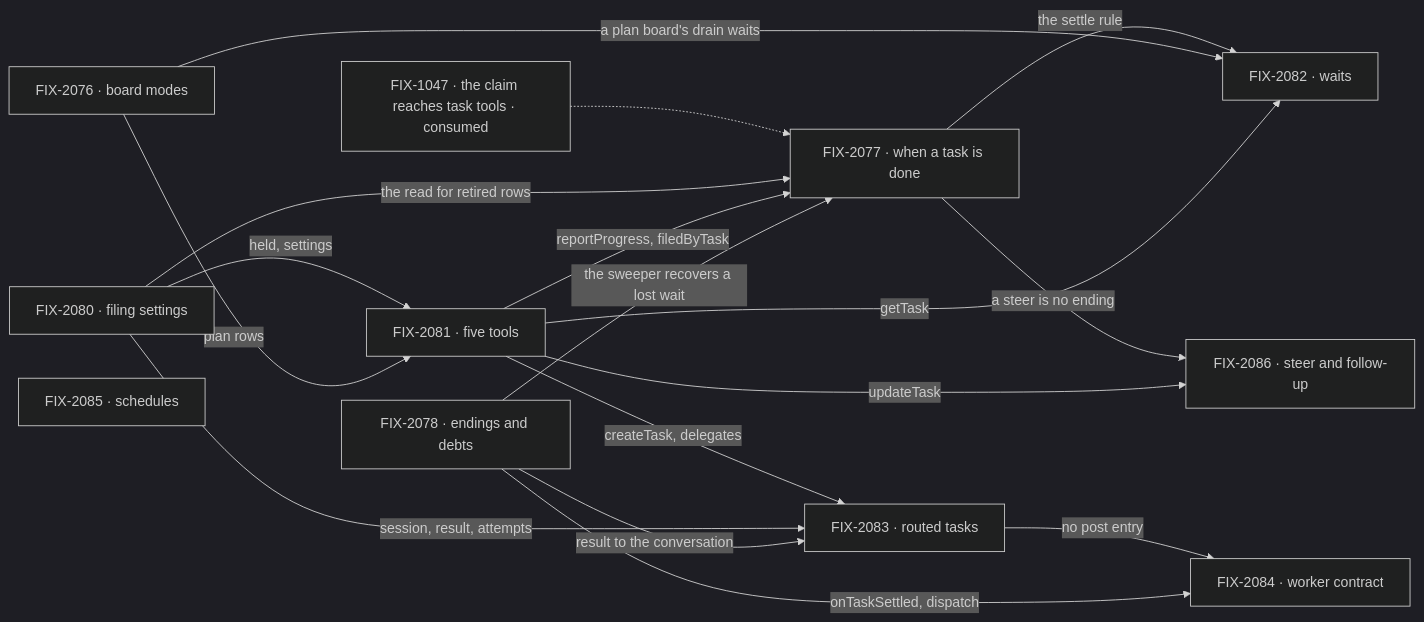
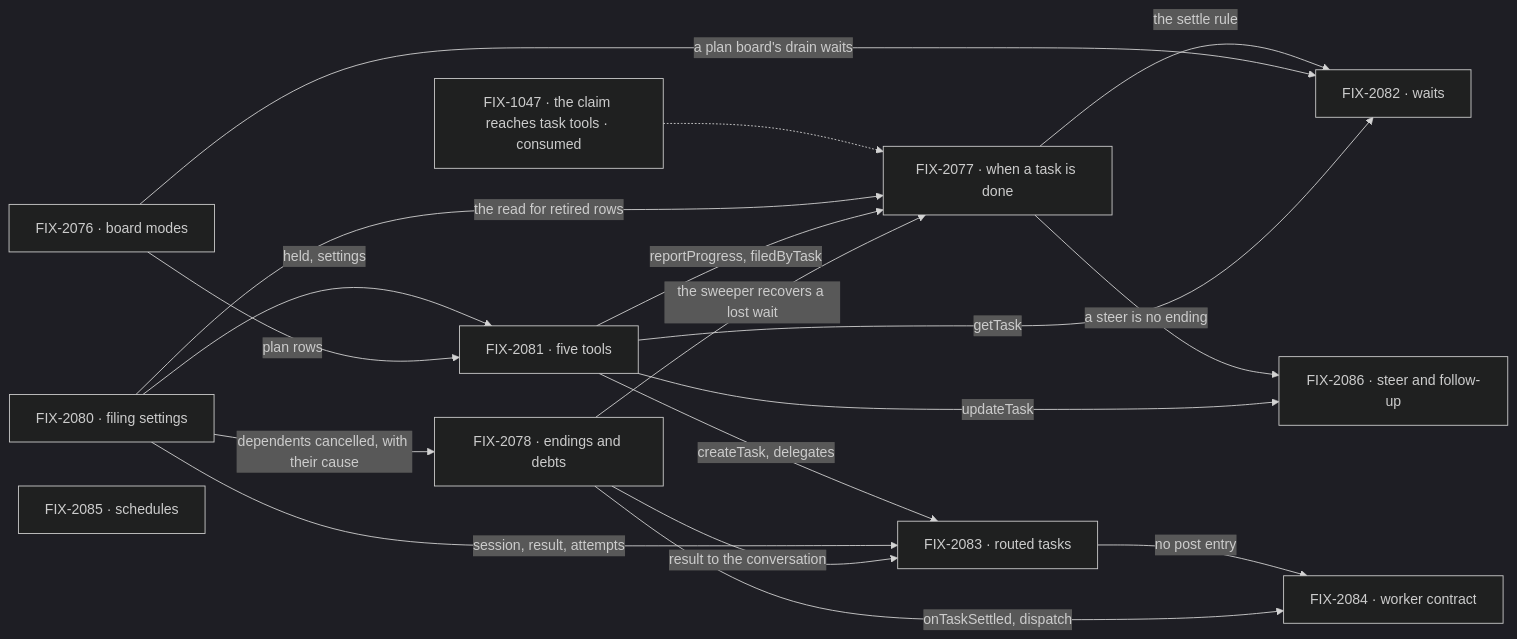
The second of 2 diagrams in specs/epics/FIX-2056/SPEC.md (fixpoint-labs/flow-state-dev), drawn with Mermaid (dark theme) before and after one commit. The commit also changed other lines of this file and 8 other files, not shown here.

````diff
--- a/specs/epics/FIX-2056/SPEC.md
+++ b/specs/epics/FIX-2056/SPEC.md
@@ -89,20 +89,21 @@
 ```mermaid
 flowchart LR
   I["FIX-1047 · the claim reaches task tools · consumed"] -.-> B
   L["FIX-2080 · filing settings"] -->|"the read for retired rows"| B["FIX-2077 · when a task is done"]
   B -->|"the settle rule"| W["FIX-2082 · waits"]
   B -->|"a steer is no ending"| S["FIX-2086 · steer and follow-up"]
   M["FIX-2076 · board modes"] -->|"a plan board's drain waits"| W
   L -->|"held, settings"| T["FIX-2081 · five tools"]
   M -->|"plan rows"| T
   T -->|"reportProgress, filedByTask"| B
   T -->|"getTask"| W
   T -->|"updateTask"| S
   T -->|"createTask, delegates"| R["FIX-2083 · routed tasks"]
   L -->|"session, result, attempts"| R
-  E["FIX-2078 · endings and debts"] -->|"the sweeper recovers a lost wait"| B
+  L -->|"dependents cancelled, with their cause"| E["FIX-2078 · endings and debts"]
+  E -->|"the sweeper recovers a lost wait"| B
   E -->|"result to the conversation"| R
   R -->|"no post entry"| K["FIX-2084 · worker contract"]
   E -->|"onTaskSettled, dispatch"| K
   H["FIX-2085 · schedules"]
 ```
````
